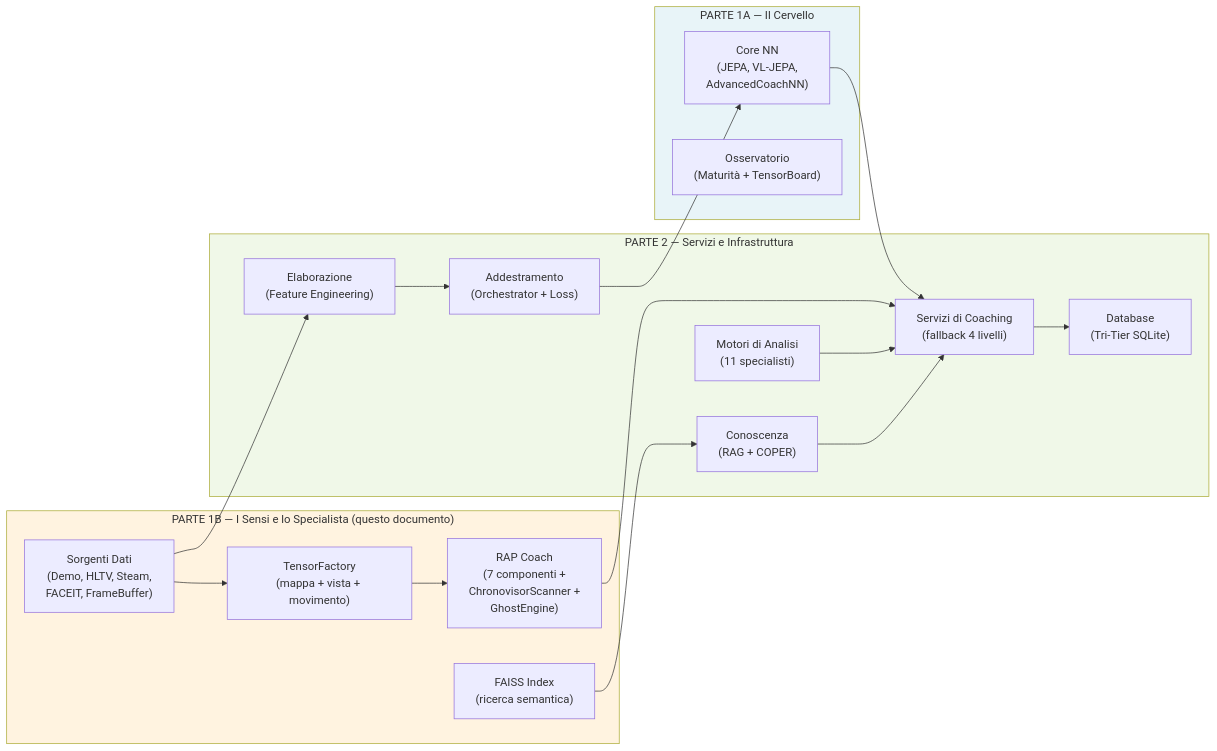
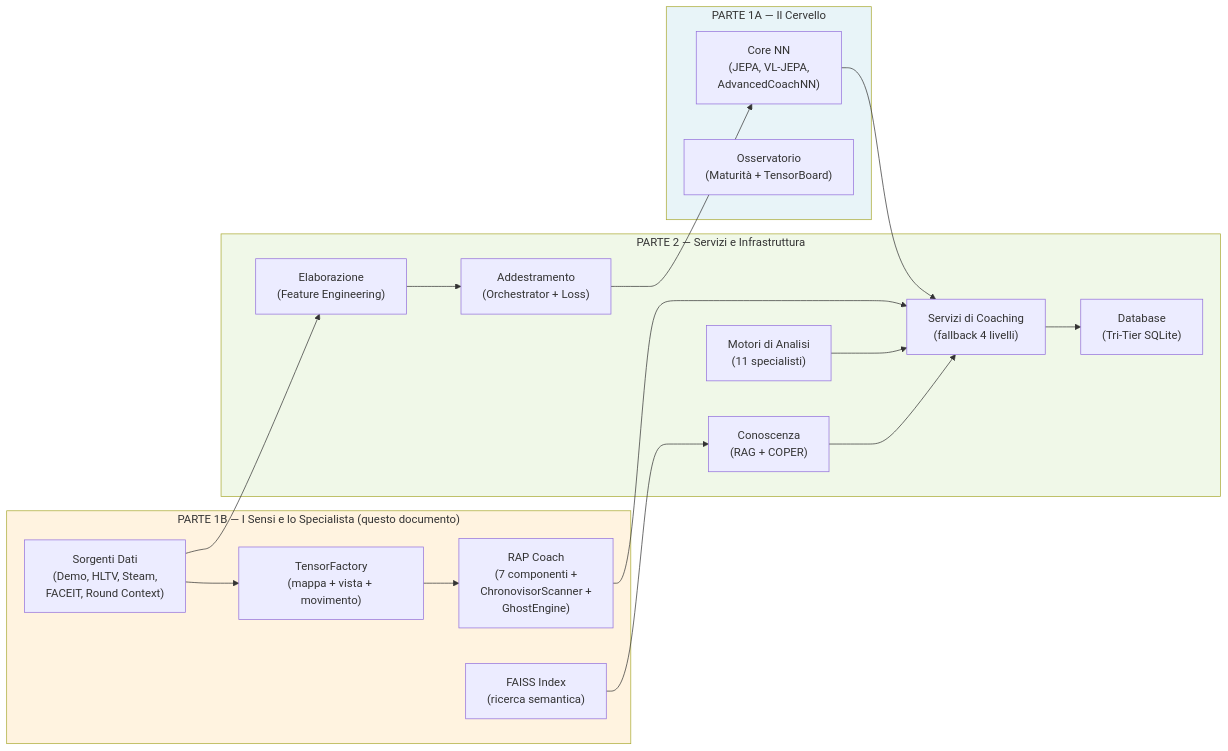
Before and after one commit to renanaugustomacena-ux/Counter-Strike-coach-AI: diagram 16 of 16 in docs/books/Book-Coach-1B.md, drawn with Mermaid. The commit also changed other lines of this file and 4 other files, not shown here.

````diff
--- a/docs/books/Book-Coach-1B.md
+++ b/docs/books/Book-Coach-1B.md
@@ -1071,37 +996,37 @@
 ```mermaid
 flowchart LR
     subgraph PARTE1A["PARTE 1A — Il Cervello"]
         NN["Core NN<br/>(JEPA, VL-JEPA,<br/>AdvancedCoachNN)"]
         OBS["Osservatorio<br/>(Maturità + TensorBoard)"]
     end
     subgraph PARTE1B["PARTE 1B — I Sensi e lo Specialista (questo documento)"]
-        DS["Sorgenti Dati<br/>(Demo, HLTV, Steam,<br/>FACEIT, FrameBuffer)"]
+        DS["Sorgenti Dati<br/>(Demo, HLTV, Steam,<br/>FACEIT, Round Context)"]
         TF["TensorFactory<br/>(mappa + vista + movimento)"]
         FAISS_P1["FAISS Index<br/>(ricerca semantica)"]
         RAP["RAP Coach<br/>(7 componenti +<br/>ChronovisorScanner +<br/>GhostEngine)"]
     end
     subgraph PARTE2["PARTE 2 — Servizi e Infrastruttura"]
         SVC["Servizi di Coaching<br/>(fallback 4 livelli)"]
         ANL["Motori di Analisi<br/>(11 specialisti)"]
         KB["Conoscenza<br/>(RAG + COPER)"]
         PROC["Elaborazione<br/>(Feature Engineering)"]
         DB["Database<br/>(Tri-Tier SQLite)"]
         TRAIN["Addestramento<br/>(Orchestrator + Loss)"]
     end
 
     DS --> PROC
     DS --> TF
     TF --> RAP
     FAISS_P1 --> KB
     NN --> SVC
     RAP --> SVC
     PROC --> TRAIN
     TRAIN --> NN
     ANL --> SVC
     KB --> SVC
     SVC --> DB
 
     style PARTE1A fill:#e8f4f8
     style PARTE1B fill:#fff3e0
     style PARTE2 fill:#f0f8e8
 ```
````
